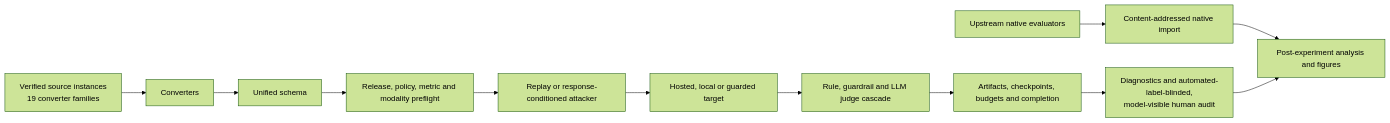
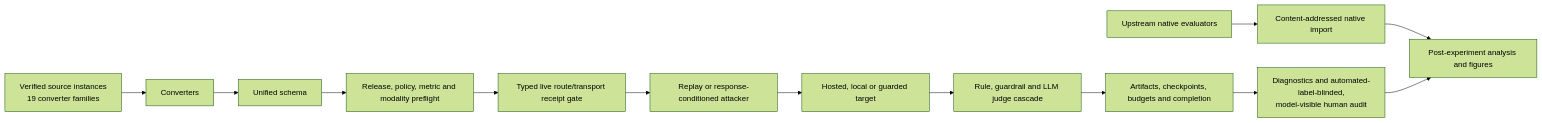
The diagram in docs/ARCHITECTURE.md (ctapnec/MLLMRiskBench), drawn with Mermaid (forest theme) before and after one commit. The commit also changed other lines of this file and 18 other files, not shown here.

Commit message:
Bind live transport attestations

````diff
--- a/docs/ARCHITECTURE.md
+++ b/docs/ARCHITECTURE.md
@@ -3,14 +3,15 @@
 ```mermaid
 flowchart LR
     S[Verified source instances<br/>19 converter families] --> C[Converters]
     C --> U[Unified schema]
     U --> P[Release, policy, metric and modality preflight]
-    P --> A[Replay or response-conditioned attacker]
+    P --> L[Typed live route/transport receipt gate]
+    L --> A[Replay or response-conditioned attacker]
     A --> T[Hosted, local or guarded target]
     T --> J[Rule, guardrail and LLM judge cascade]
     J --> R[Artifacts, checkpoints, budgets and completion]
     N[Upstream native evaluators] --> I[Content-addressed native import]
     R --> D[Diagnostics and automated-label-blinded,<br/>model-visible human audit]
     I --> X
     D --> X[Post-experiment analysis and figures]
 ```
````
